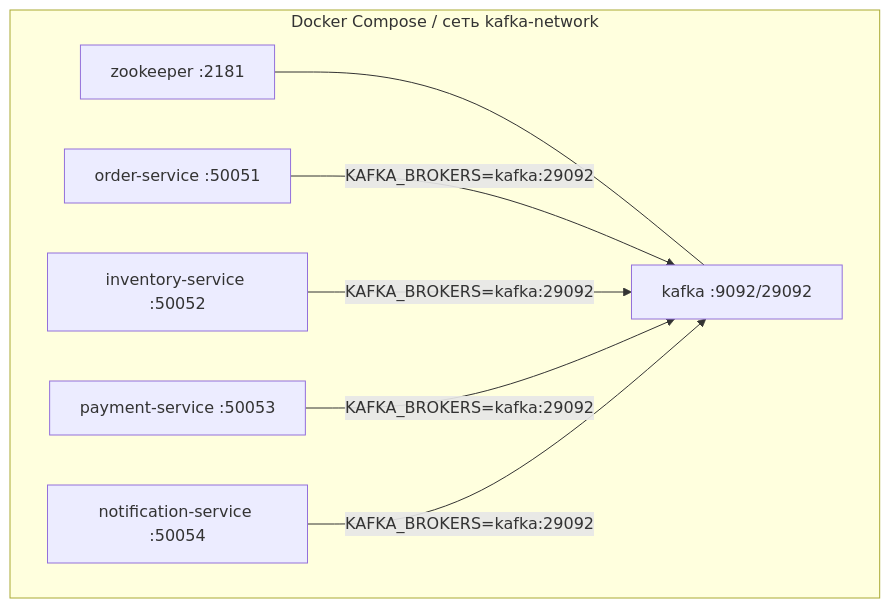
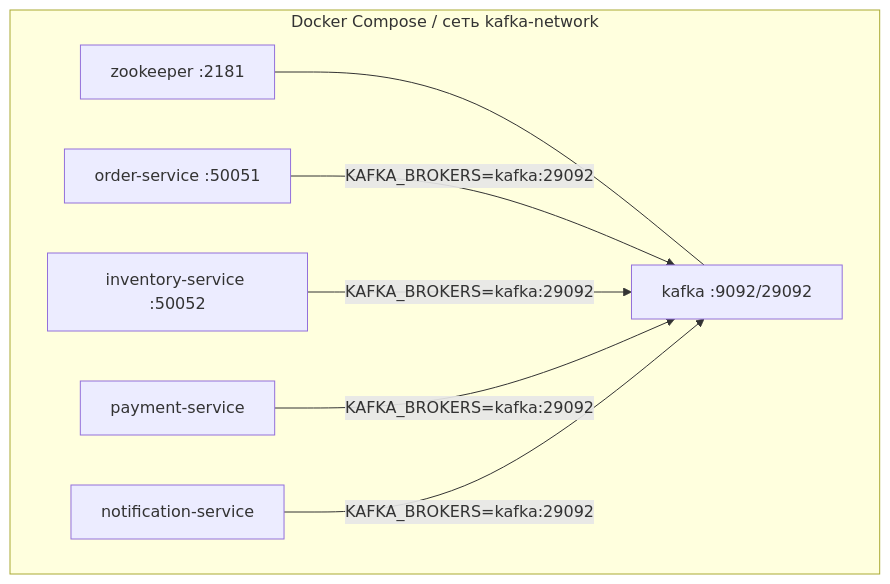
Before and after one commit to DragonZero000/Event-Driven-Order-Processing-System: the fourth of 4 diagrams in README.md, drawn with Mermaid. The commit also changed other lines of this file and 20 other files, not shown here.

````diff
--- a/README.md
+++ b/README.md
@@ -126,11 +126,11 @@
 ```mermaid
 flowchart TB
     subgraph Docker Compose / сеть kafka-network
         ZK[zookeeper :2181] --- KF[kafka :9092/29092]
         OS[order-service :50051]
         IS[inventory-service :50052]
-        PS[payment-service :50053]
-        NS[notification-service :50054]
+        PS[payment-service]
+        NS[notification-service]
     end
     OS & IS & PS & NS -- KAFKA_BROKERS=kafka:29092 --> KF
 ```
````
